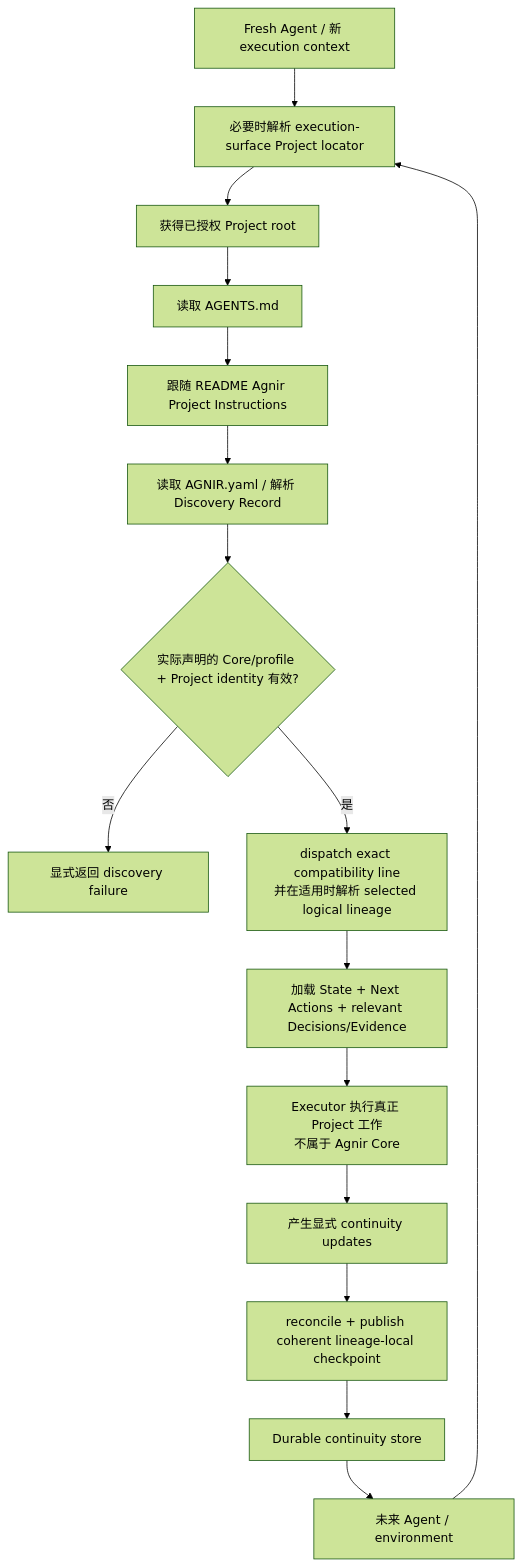
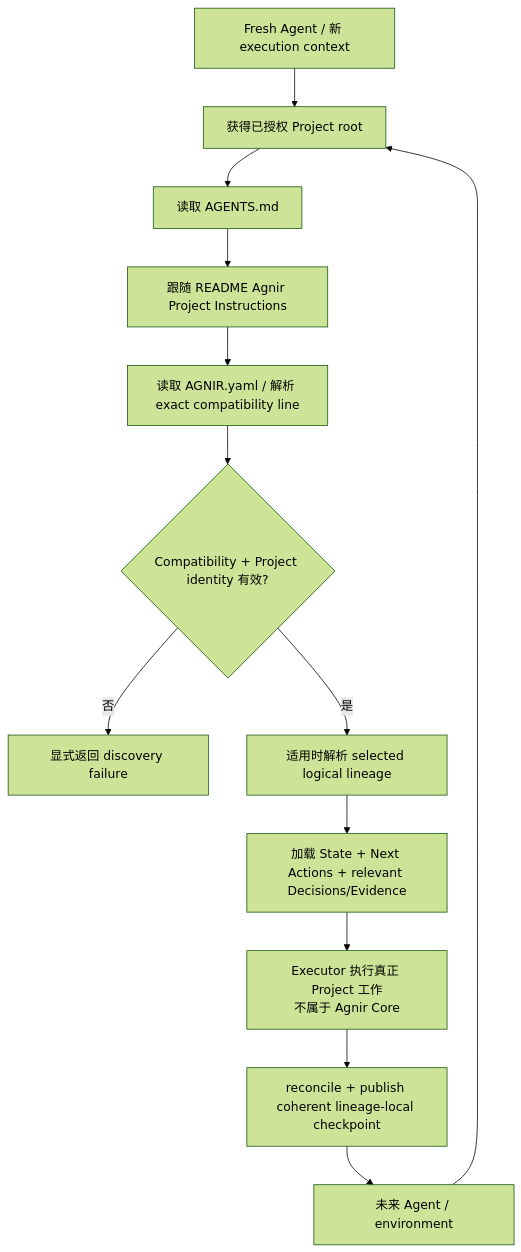
The second of 2 diagrams in README.zh-CN.md (iorLab/agnir), drawn with Mermaid (forest theme) before and after one commit. The commit also changed other lines of this file and 21 other files, not shown here.

````diff
--- a/README.zh-CN.md
+++ b/README.zh-CN.md
@@ -174,18 +111,15 @@
 ```mermaid
 flowchart TD
-    C[Fresh Agent / 新 execution context] --> X[必要时解析 execution-surface Project locator]
-    X --> P[获得已授权 Project root]
+    C[Fresh Agent / 新 execution context] --> P[获得已授权 Project root]
     P --> A[读取 AGENTS.md]
     A --> I[跟随 README Agnir Project Instructions]
-    I --> R[读取 AGNIR.yaml / 解析 Discovery Record]
-    R --> V{实际声明的 Core/profile + Project identity 有效?}
+    I --> R[读取 AGNIR.yaml / 解析 exact compatibility line]
+    R --> V{Compatibility + Project identity 有效?}
     V -- 否 --> F[显式返回 discovery failure]
-    V -- 是 --> L[dispatch exact compatibility line\n并在适用时解析 selected logical lineage]
+    V -- 是 --> L[适用时解析 selected logical lineage]
     L --> Q[加载 State + Next Actions + relevant Decisions/Evidence]
     Q --> W[Executor 执行真正 Project 工作\n不属于 Agnir Core]
-    W --> U[产生显式 continuity updates]
-    U --> K[reconcile + publish coherent lineage-local checkpoint]
-    K --> S[Durable continuity store]
-    S --> N[未来 Agent / environment]
-    N --> X
+    W --> K[reconcile + publish coherent lineage-local checkpoint]
+    K --> N[未来 Agent / environment]
+    N --> P
 ```
````
